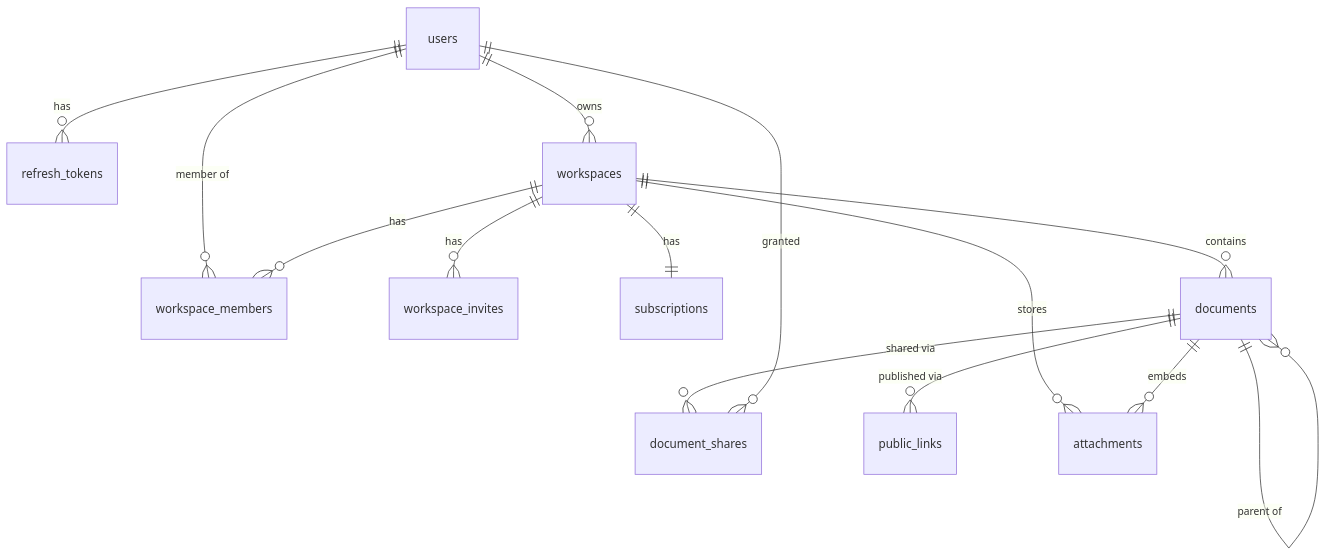
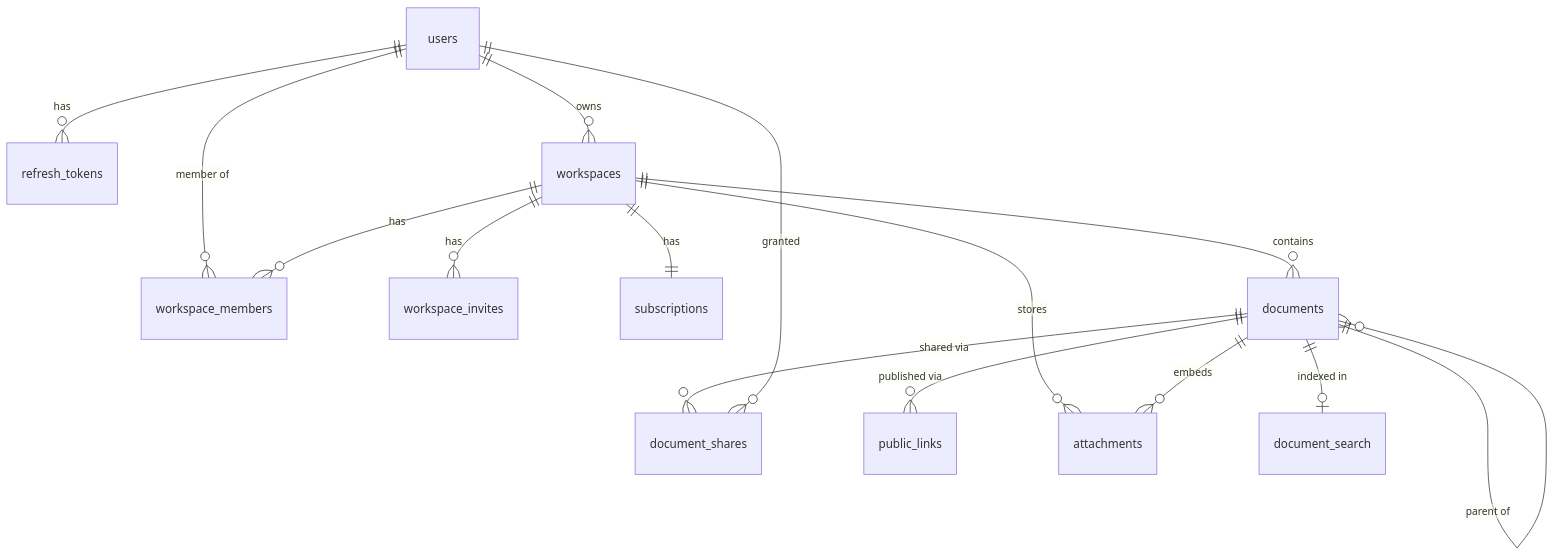
One commit to JuFios/collab-docs changed the first of 4 diagrams in README.md. Above: the diagram before and after it, drawn with Mermaid. The commit also changed other lines of this file, not shown here.

First line of the commit message:
docs: describe search and index consistency

````diff
--- a/README.md
+++ b/README.md
@@ -122,16 +122,17 @@
 ```mermaid
 erDiagram
   users ||--o{ refresh_tokens : has
   users ||--o{ workspaces : owns
   users ||--o{ workspace_members : "member of"
   workspaces ||--o{ workspace_members : has
   workspaces ||--o{ workspace_invites : has
   workspaces ||--|| subscriptions : has
   workspaces ||--o{ documents : contains
   documents ||--o{ documents : "parent of"
   documents ||--o{ document_shares : "shared via"
   users ||--o{ document_shares : "granted"
   documents ||--o{ public_links : "published via"
   workspaces ||--o{ attachments : "stores"
   documents ||--o{ attachments : "embeds"
+  documents ||--o| document_search : "indexed in"
 ```
````
